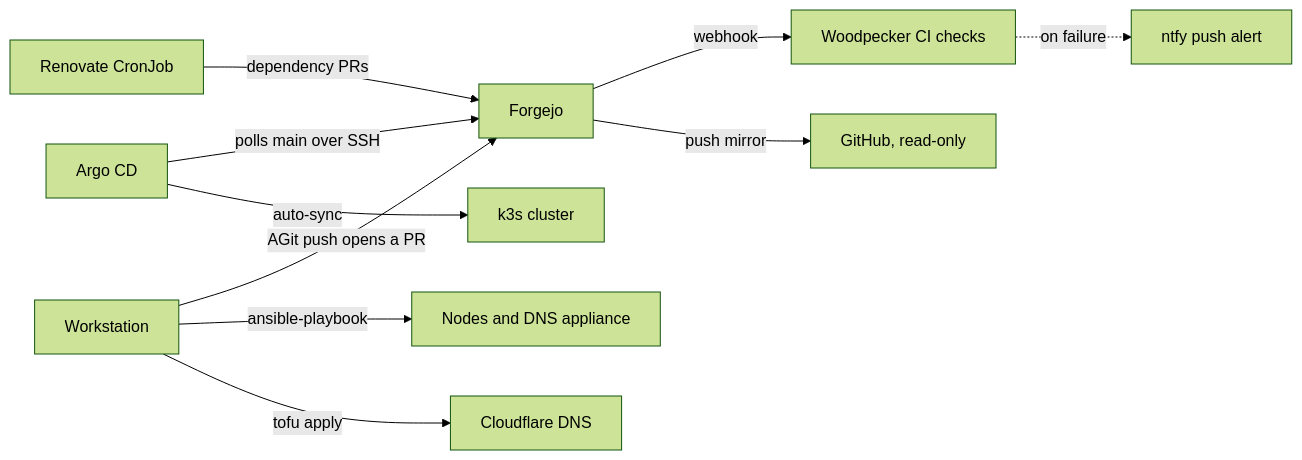
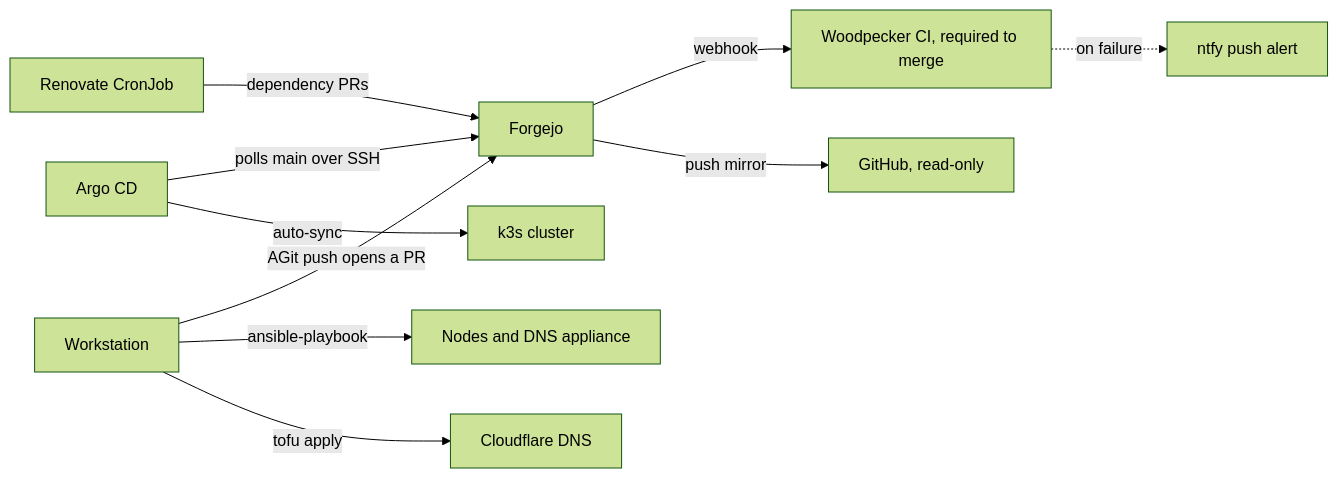
Before and after one commit to alivenda/homelab-docs: the diagram in README.md, drawn with Mermaid (forest theme). The commit also changed other lines of this file and 5 other files, not shown here.

````diff
--- a/README.md
+++ b/README.md
@@ -32,12 +33,12 @@
 ```mermaid
 flowchart LR
     ws["Workstation"] -->|"AGit push opens a PR"| fj["Forgejo"]
     rn["Renovate CronJob"] -->|"dependency PRs"| fj
-    fj -->|"webhook"| wp["Woodpecker CI checks"]
+    fj -->|"webhook"| wp["Woodpecker CI, required to merge"]
     wp -.->|"on failure"| nt["ntfy push alert"]
     fj -->|"push mirror"| gh["GitHub, read-only"]
     ac["Argo CD"] -->|"polls main over SSH"| fj
     ac -->|"auto-sync"| k3s["k3s cluster"]
     ws -->|"ansible-playbook"| nodes["Nodes and DNS appliance"]
     ws -->|"tofu apply"| cf["Cloudflare DNS"]
 ```
````
